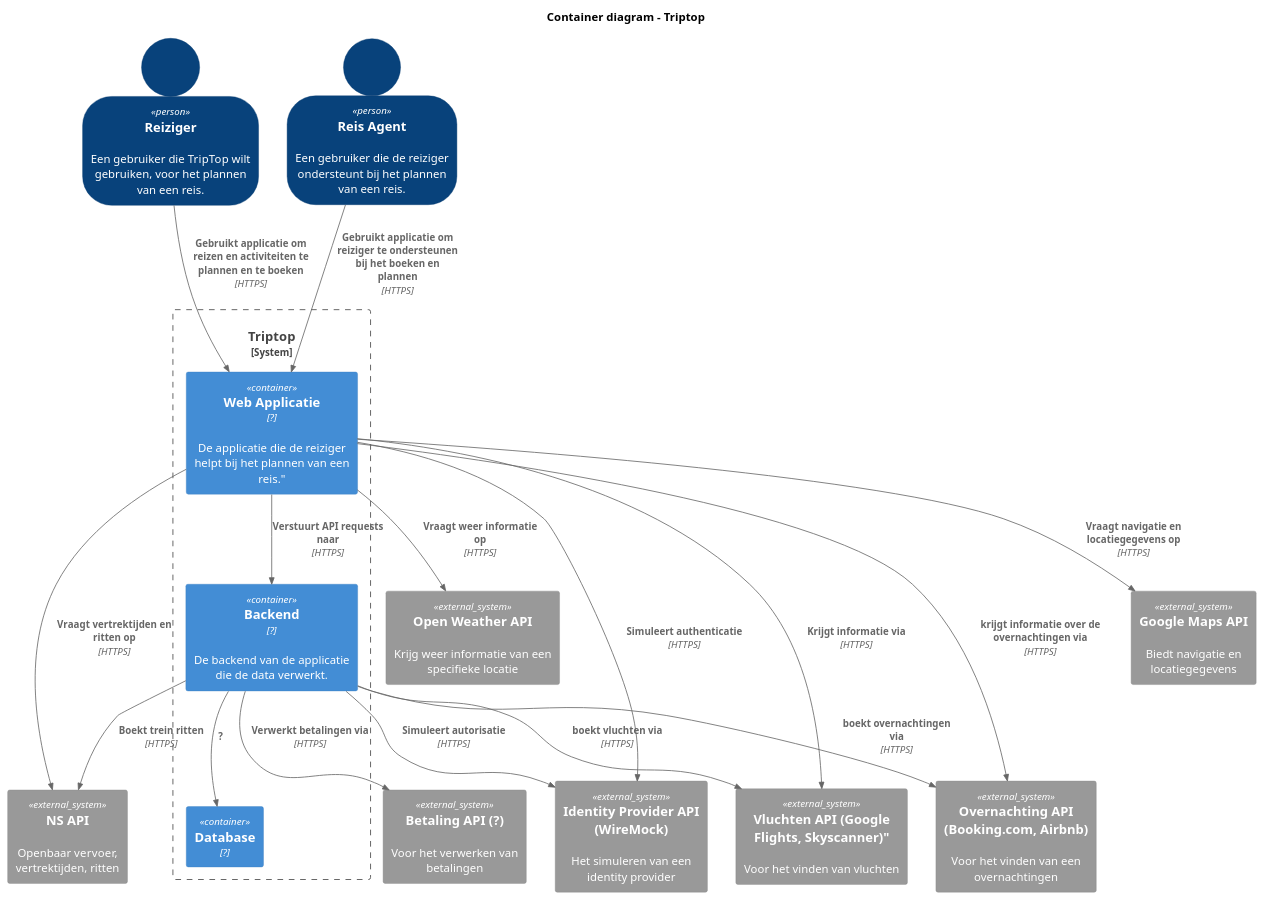
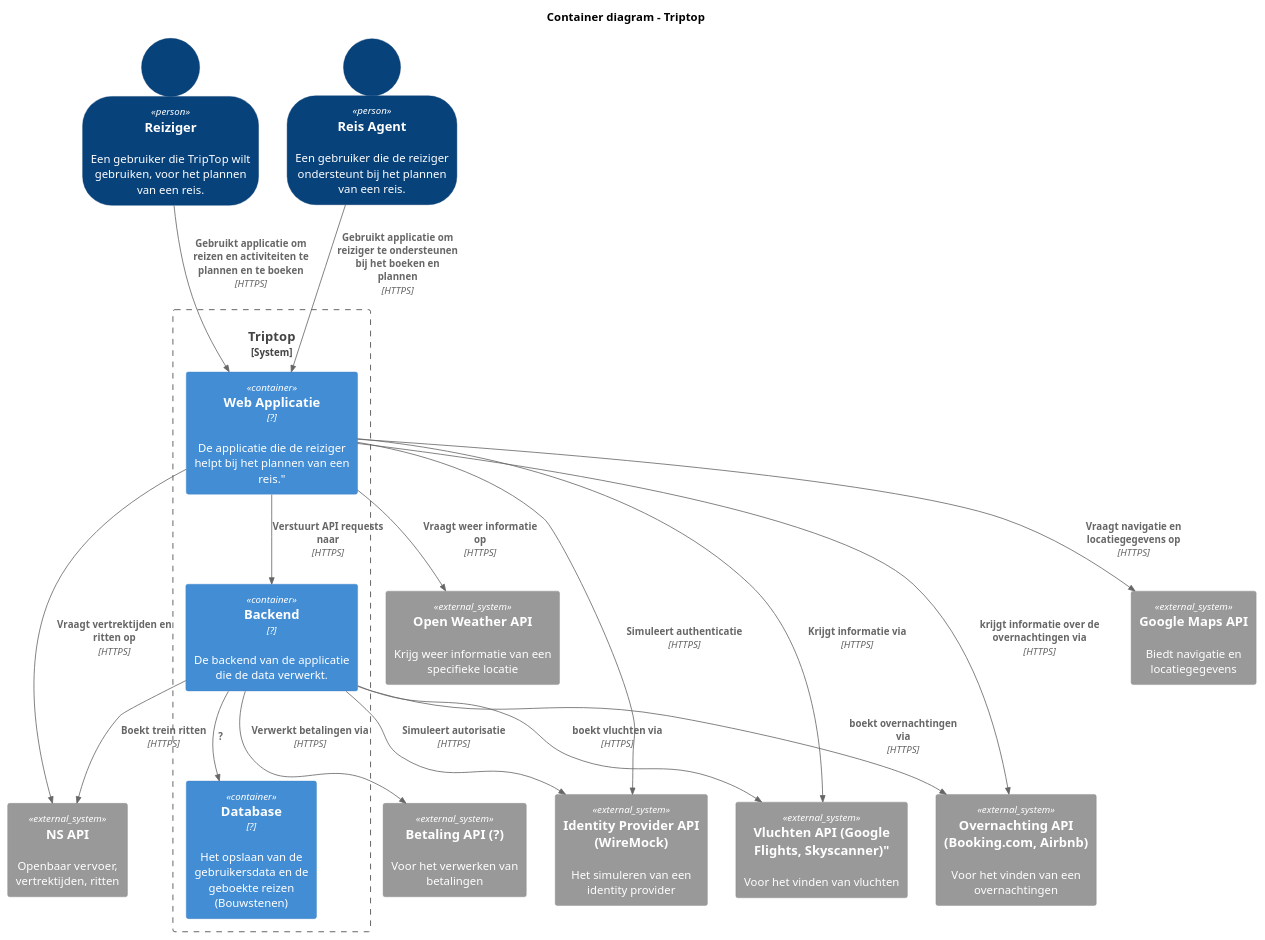
One commit to AIM-ENE-feb25/triptop-livingin-s-pain-nouri-siebe-boris changed the diagram in Mijn bijdrage/Container diagram.puml. Above: the diagram before and after it, drawn with PlantUML. The commit also changed 5 other files, not shown here.

Commit message:
Sequence diagrams moeten nog in groep

```diff
--- a/Mijn bijdrage/Container diagram.puml
+++ b/Mijn bijdrage/Container diagram.puml
@@ -1,48 +1,48 @@
 @startuml C4_Elements
 !include https://raw.githubusercontent.com/plantuml-stdlib/C4-PlantUML/master/C4_Container.puml
 Title Container diagram - Triptop
 SHOW_PERSON_OUTLINE()
 
 Person(personAlias, "Reiziger", "Een gebruiker die TripTop wilt gebruiken, voor het plannen van een reis.")
 Person(reisagent,"Reis Agent", "Een gebruiker die de reiziger ondersteunt bij het plannen van een reis.")
 
 
 System_Boundary(boundary, "Triptop"){
 Container(webapp, "Web Applicatie","?",De applicatie die de reiziger helpt bij het plannen van een reis.")
 Container(backend, "Backend","?", "De backend van de applicatie die de data verwerkt.")
-Container(database, "Database", "?")
+Container(database, "Database", "?", "Het opslaan van de gebruikersdata en de geboekte reizen (Bouwstenen)")
 }
 
 System_Ext(googleMaps, "Google Maps API", "Biedt navigatie en locatiegegevens")
 System_Ext(ns, "NS API", "Openbaar vervoer, vertrektijden, ritten")
 System_Ext(openweather, "Open Weather API", "Krijg weer informatie van een specifieke locatie")
 System_Ext(overnachtingaApi, "Overnachting API (Booking.com, Airbnb)", "Voor het vinden van een overnachtingen")
 System_Ext(identityProvider, "Identity Provider API (WireMock)", "Het simuleren van een identity provider")
 System_Ext(flightApi, Vluchten API (Google Flights, Skyscanner)", "Voor het vinden van vluchten")
 System_Ext(betalingapi, "Betaling API (?)", "Voor het verwerken van betalingen")
 
 
 Rel(personAlias, webapp, "Gebruikt applicatie om reizen en activiteiten te plannen en te boeken","HTTPS")
 Rel(reisagent, webapp, "Gebruikt applicatie om reiziger te ondersteunen bij het boeken en plannen","HTTPS")
 
 Rel(webapp, backend, "Verstuurt API requests naar","HTTPS")
 Rel(backend, database, "?")
 
 Rel(webapp, googleMaps, "Vraagt navigatie en locatiegegevens op","HTTPS")
+Rel(webapp, openweather, "Vraagt weer informatie op","HTTPS")
+Rel(backend, betalingapi, "Verwerkt betalingen via","HTTPS")
 
 Rel(webapp, ns, "Vraagt vertrektijden en ritten op","HTTPS")
 Rel(backend, ns, "Boekt trein ritten","HTTPS")
-
-Rel(webapp, openweather, "Vraagt weer informatie op","HTTPS")
 
 Rel(webapp, overnachtingaApi, "krijgt informatie over de overnachtingen via","HTTPS")
 Rel(backend, overnachtingaApi, "boekt overnachtingen via","HTTPS")
 
 Rel(webapp, identityProvider, "Simuleert authenticatie","HTTPS")
 Rel(backend, identityProvider, "Simuleert autorisatie","HTTPS")
 
 Rel(webapp, flightApi, "Krijgt informatie via","HTTPS")
 Rel(backend, flightApi, "boekt vluchten via","HTTPS")
 
-Rel(backend, betalingapi, "Verwerkt betalingen via","HTTPS")
+
 @enduml
```
